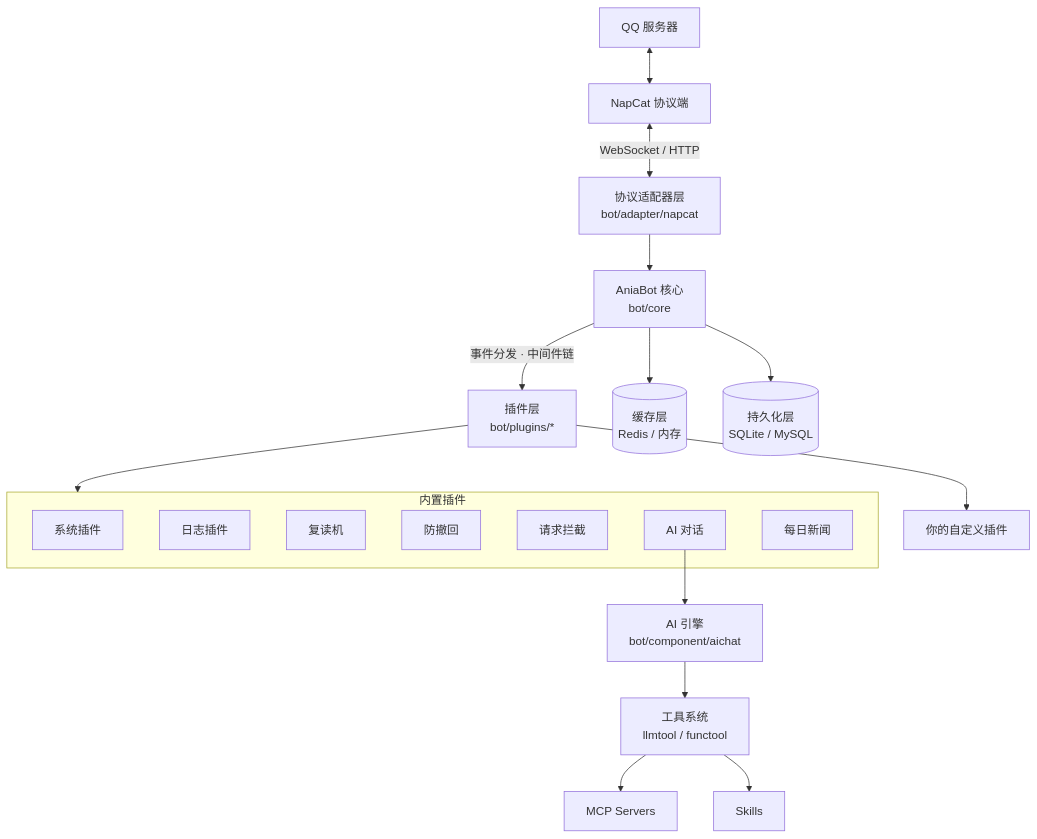
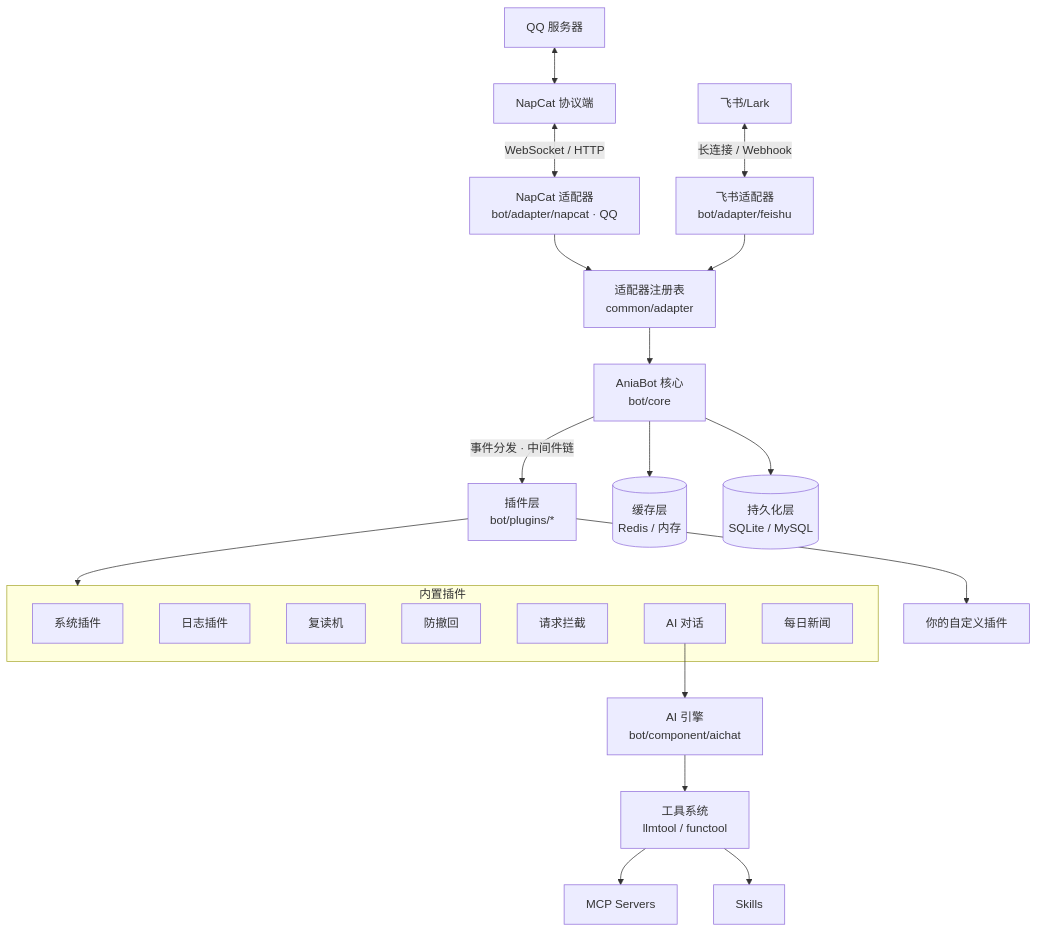
One commit to jeanhua/AniaBot changed the diagram in docs/guide/introduction.md. Above: the diagram before and after it, drawn with Mermaid. The commit also changed other lines of this file and 13 other files, not shown here.

````diff
--- a/docs/guide/introduction.md
+++ b/docs/guide/introduction.md
@@ -15,28 +23,31 @@
 ```mermaid
 flowchart TB
     QQ[QQ 服务器] <--> NapCat[NapCat 协议端]
-    NapCat <-->|WebSocket / HTTP| Adapter[协议适配器层<br/>bot/adapter/napcat]
-    Adapter --> Core[AniaBot 核心<br/>bot/core]
+    NapCat <-->|WebSocket / HTTP| NAdapter[NapCat 适配器<br/>bot/adapter/napcat · QQ]
+    Feishu[飞书/Lark] <-->|长连接 / Webhook| FAdapter[飞书适配器<br/>bot/adapter/feishu]
+    NAdapter --> Registry[适配器注册表<br/>common/adapter]
+    FAdapter --> Registry
+    Registry --> Core[AniaBot 核心<br/>bot/core]
     Core -->|事件分发 · 中间件链| Plugins[插件层<br/>bot/plugins/*]
 
     subgraph BuiltIn[内置插件]
         Sys[系统插件]
         Log[日志插件]
         Repeat[复读机]
         Anti[防撤回]
         Interceptor[请求拦截]
         AI[AI 对话]
         News[每日新闻]
     end
 
     Plugins --> BuiltIn
     Plugins --> Custom[你的自定义插件]
 
     AI --> Engine[AI 引擎<br/>bot/component/aichat]
     Engine --> Tools[工具系统<br/>llmtool / functool]
     Tools --> MCP[MCP Servers]
     Tools --> Skills[Skills]
 
     Core --> Cache[(缓存层<br/>Redis / 内存)]
     Core --> Store[(持久化层<br/>SQLite / MySQL)]
 ```
````
